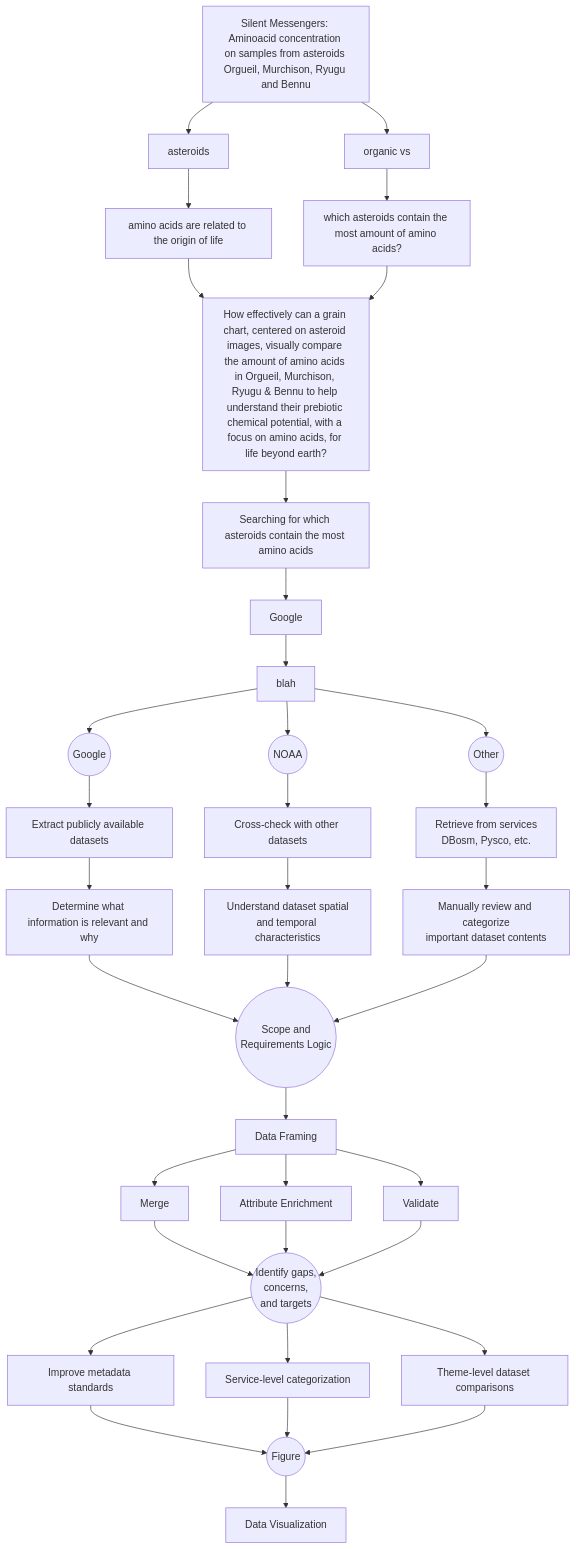
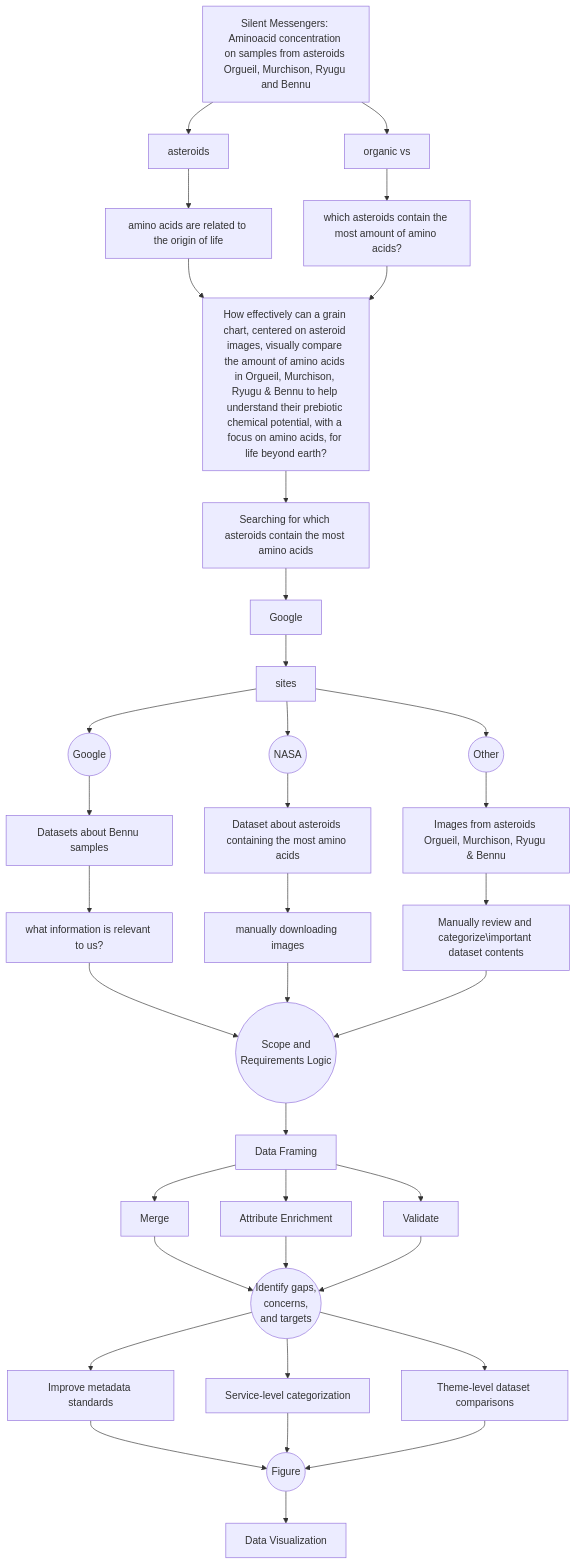
The diagram in README.md (rubenroesti/DDD-2025-Group08), drawn with Mermaid before and after one commit.

````diff
--- a/README.md
+++ b/README.md
@@ -20,77 +20,77 @@
 ```mermaid
     flowchart TD
 
 %% ============================
 %% PRELIMINARY RESEARCH
 %% ============================
 
 A["Silent Messengers: Aminoacid concentration on samples from asteroids Orgueil, Murchison, Ryugu and Bennu"]
 
 A --> B1["asteroids"]
 A --> B2["organic vs"]
 
 B1 --> C1["amino acids are related to the origin of life"]
 B2 --> C2["which asteroids contain the most amount of amino acids?"]
 
 C1 --> D["How effectively can a grain chart, centered on asteroid images, visually compare the amount of amino acids in Orgueil, Murchison, Ryugu & Bennu to help understand their prebiotic chemical potential, with a focus on amino acids, for life beyond earth?"]
 C2 --> D
 
 D --> E["Searching for which asteroids contain the most amino acids"]
 
 E --> F["Google"]
 
 %% ============================
 %% DATA COLLECTION
 %% ============================
 
-F --> G["blah"]
+F --> G["sites"]
 
 G --> H1((Google))
-G --> H2((NOAA))
+G --> H2((NASA))
 G --> H3((Other))
 
-H1 --> I1["Extract publicly available datasets"]
-H2 --> I2["Cross-check with other datasets"]
-H3 --> I3["Retrieve from services\nDBosm, Pysco, etc."]
+H1 --> I1["Datasets about Bennu samples"]
+H2 --> I2["Dataset about asteroids containing the most amino acids"]
+H3 --> I3["Images from asteroids Orgueil, Murchison, Ryugu & Bennu"]
 
 %% ============================
 %% DATA ANALYSIS
 %% ============================
 
-I1 --> J1["Determine what information is relevant and why"]
-I2 --> J2["Understand dataset spatial\nand temporal characteristics"]
-I3 --> J3["Manually review and categorize\nimportant dataset contents"]
+I1 --> J1["what information is relevant to us?"]
+I2 --> J2["manually downloading images"]
+I3 --> J3["Manually review and categorize\important dataset contents"]
 
 J1 --> K((Scope and\nRequirements Logic))
 J2 --> K
 J3 --> K
 
 %% ============================
 %% DATASET BUILDING
 %% ============================
 
 K --> L["Data Framing"]
 
 L --> M1["Merge"]
 L --> M2["Attribute Enrichment"]
 L --> M3["Validate"]
 
 M1 --> N((Identify gaps,\nconcerns,\nand targets))
 M2 --> N
 M3 --> N
 
 N --> O1["Improve metadata standards"]
 N --> O2["Service-level categorization"]
 N --> O3["Theme-level dataset comparisons"]
 
 %% ============================
 %% DATA VISUALIZATION
 %% ============================
 
 O1 --> P((Figure))
 O2 --> P
 O3 --> P
 
 P --> Q["Data Visualization"]
 
 ```
````
